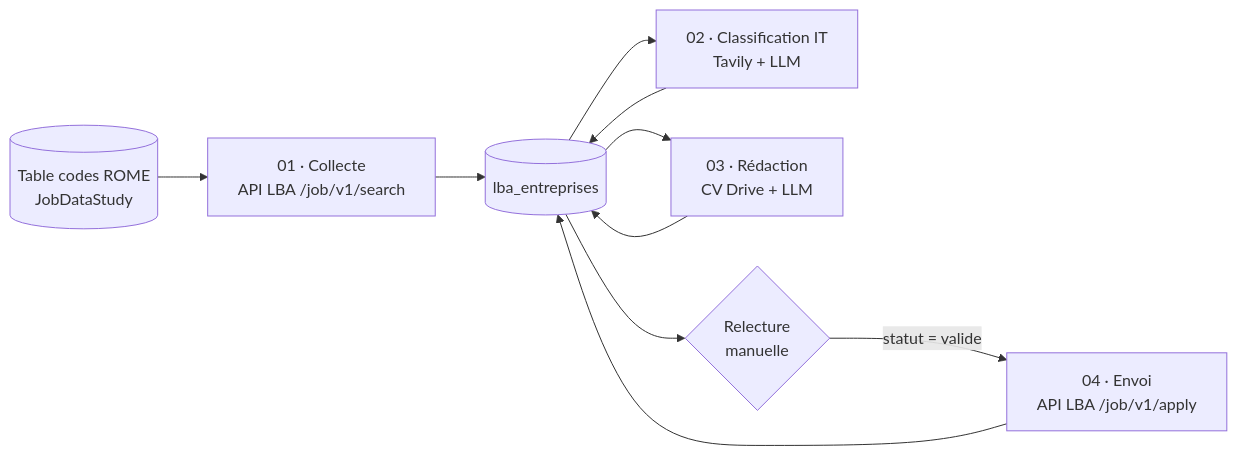
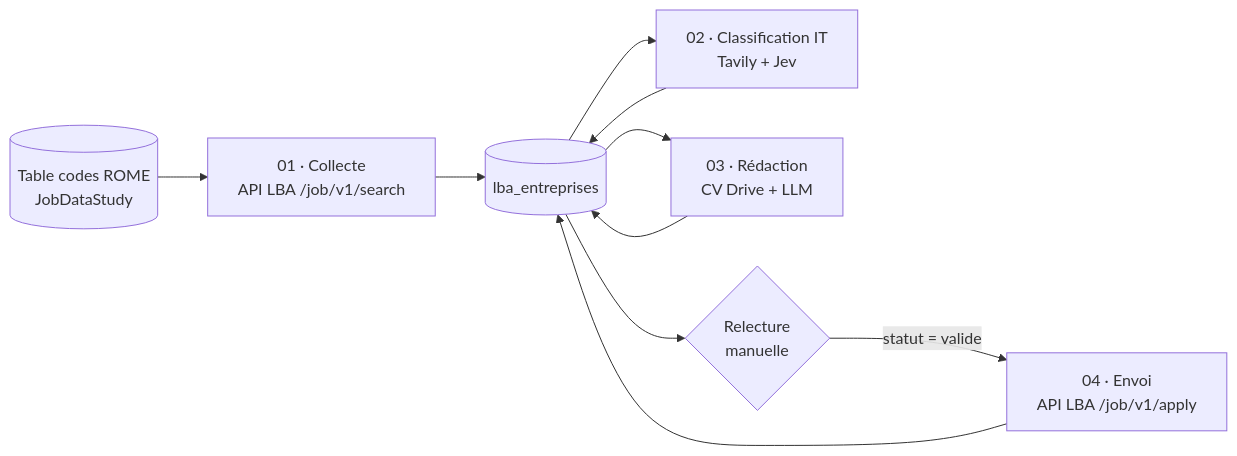
Before and after one commit to Gauthier-Faisandaz/LBA-automatisation-candidatures-spontan-es: the diagram in README.md, drawn with Mermaid. The commit also changed other lines of this file and 3 other files, not shown here.

First line of the commit message:
Classification via Jev (TypeSafe/OpenRouter), rédaction via Claude Haiku 5.5

````diff
--- a/README.md
+++ b/README.md
@@ -9,12 +9,12 @@
 ```mermaid
 flowchart LR
     A[(Table codes ROME<br/>JobDataStudy)] --> B[01 · Collecte<br/>API LBA /job/v1/search]
     B --> T[(lba_entreprises)]
-    T --> C[02 · Classification IT<br/>Tavily + LLM]
+    T --> C[02 · Classification IT<br/>Tavily + Jev]
     C --> T
     T --> D[03 · Rédaction<br/>CV Drive + LLM]
     D --> T
     T --> V{Relecture<br/>manuelle}
     V -->|statut = valide| E[04 · Envoi<br/>API LBA /job/v1/apply]
     E --> T
 ```
````
